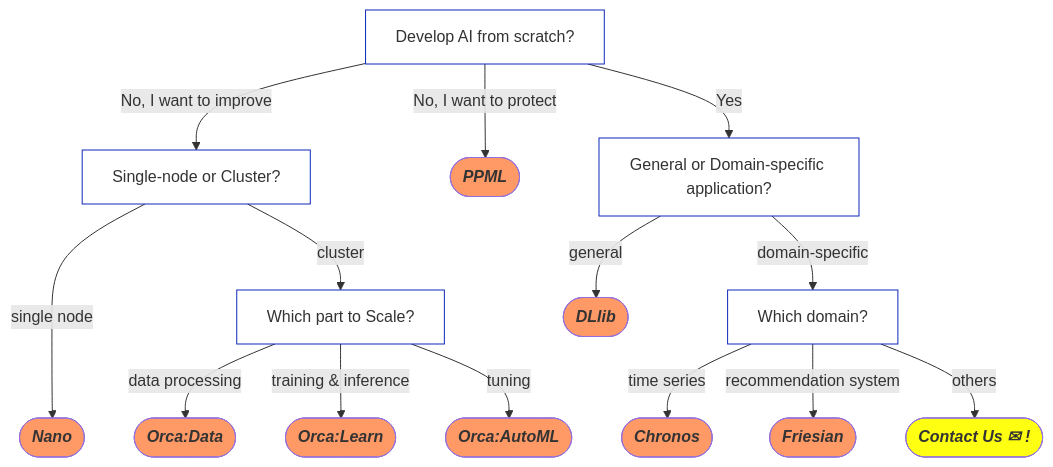
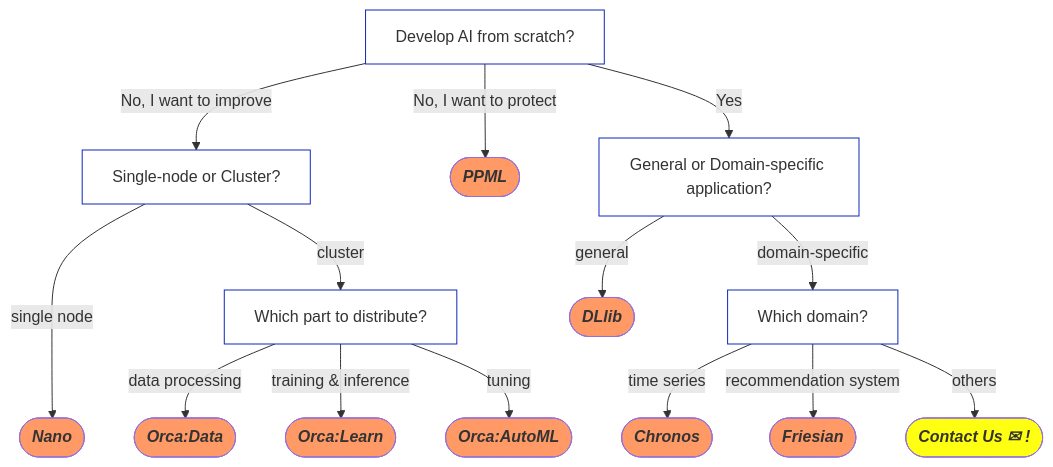
One commit to intel-analytics/ipex-llm changed the diagram in README.md. Above: the diagram before and after it, drawn with Mermaid.

````diff
--- a/README.md
+++ b/README.md
@@ -47,37 +47,37 @@
 ```mermaid
 flowchart TD;
     Feature1[Develop AI from scratch?];
     Feature1-- No, I want to improve -->Feature2[Single-node or Cluster?];
     Feature1-- No, I want to protect -->ReferPPML([<em><strong>PPML</strong></em>]);
     Feature1-- Yes --> Feature3[General or Domain-specific application?];
     Feature2-- single node --->ReferNano([<em><strong>Nano</strong></em>]);
-    Feature2-- cluster -->Feature5[Which part to Scale?];
+    Feature2-- cluster -->Feature5[Which part to distribute?];
     Feature5-- data processing -->ReferOrcaData([<em><strong>Orca:Data </strong></em>]);
     Feature5-- training & inference -->ReferOrcaLearn([<em><strong>Orca:Learn </strong></em>]);
     Feature5-- tuning -->ReferOrcaAutoml([<em><strong>Orca:AutoML </strong></em>]);
     Feature3-- general -->ReferDLlib([<em><strong>DLlib</strong></em>]);
     Feature3-- domain-specific -->Feature4[Which domain?];
     Feature4-- time series -->ReferChronos([<em><strong>Chronos</strong></em>]);
     Feature4-- recommendation system -->ReferFriesian([<em><strong>Friesian</strong></em>]);
     Feature4-- others -->ReferContact([<em><strong>Contact Us &#x2709 !</strong></em>]);
 
     
     click ReferNano "https://bigdl.readthedocs.io/en/latest/doc/Nano/Overview/nano.html" "Refer to Nano" _parent
     click ReferOrcaData "https://bigdl.readthedocs.io/en/latest/doc/Orca/Overview/data-parallel-processing.html"
     click ReferOrcaLearn "https://bigdl.readthedocs.io/en/latest/doc/Orca/Overview/distributed-training-inference.html"
     click ReferOrcaAutoml "https://bigdl.readthedocs.io/en/latest/doc/Orca/Overview/distributed-tuning.html"
     click ReferDLlib "https://bigdl.readthedocs.io/en/latest/doc/DLlib/Overview/dllib.html"
     click ReferRayOnSpark "https://bigdl.readthedocs.io/en/latest/doc/Ray/Overview/ray.html"
     click ReferChronos "https://bigdl.readthedocs.io/en/latest/doc/Chronos/Overview/chronos.html"
     click ReferFriesian "https://bigdl.readthedocs.io/en/latest/doc/Chronos/Overview/chronos.html"
     click ReferPPML "https://bigdl.readthedocs.io/en/latest/doc/PPML/Overview/ppml.html"
     click ReferContact "mailto:jason.dai@intel.com"
     
     classDef ReferStyle1 fill:#f96;
     classDef ReferStyle2 fill:#FF1;
     classDef Feature fill:#FFF,stroke:#0f29ba,stroke-width:1px;
     class ReferNano,ReferOrcaLearn,ReferOrcaData,ReferOrcaAutoml,ReferDLlib,ReferRayOnSpark,ReferChronos,ReferFriesian,ReferPPML ReferStyle1;
     class ReferContact, ReferStyle2
     class Feature1,Feature2,Feature3,Feature4,Feature5,Feature6,Feature7 Feature;
     
 ```
````
